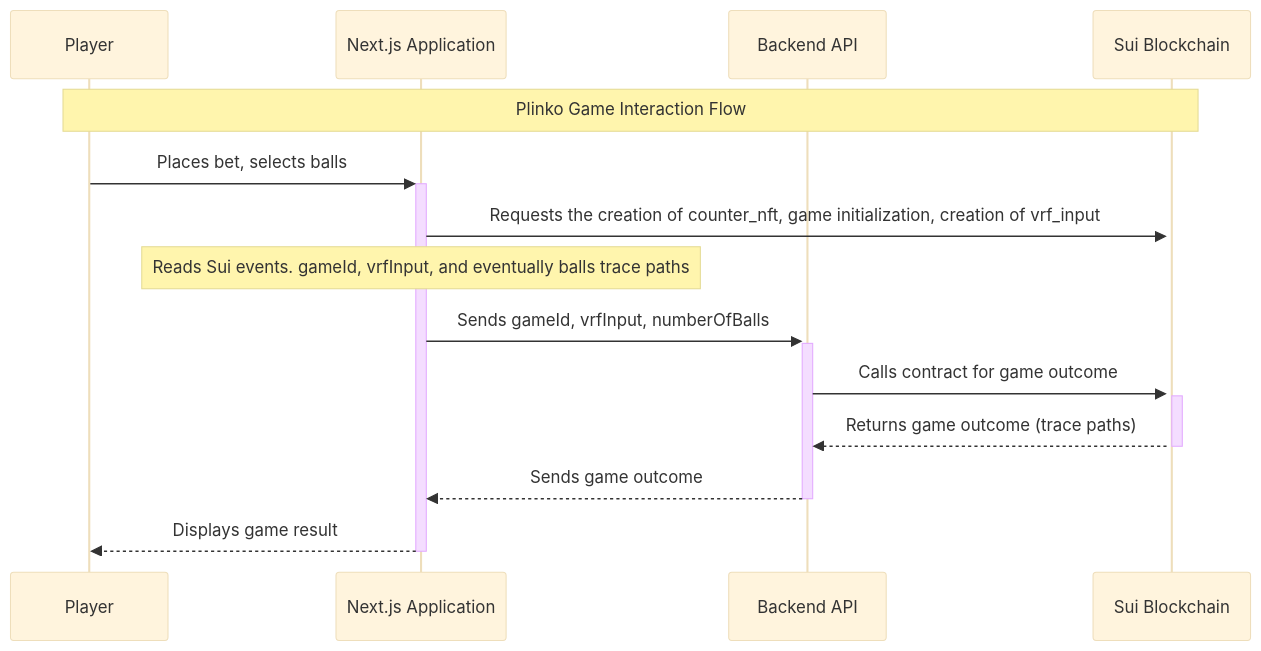
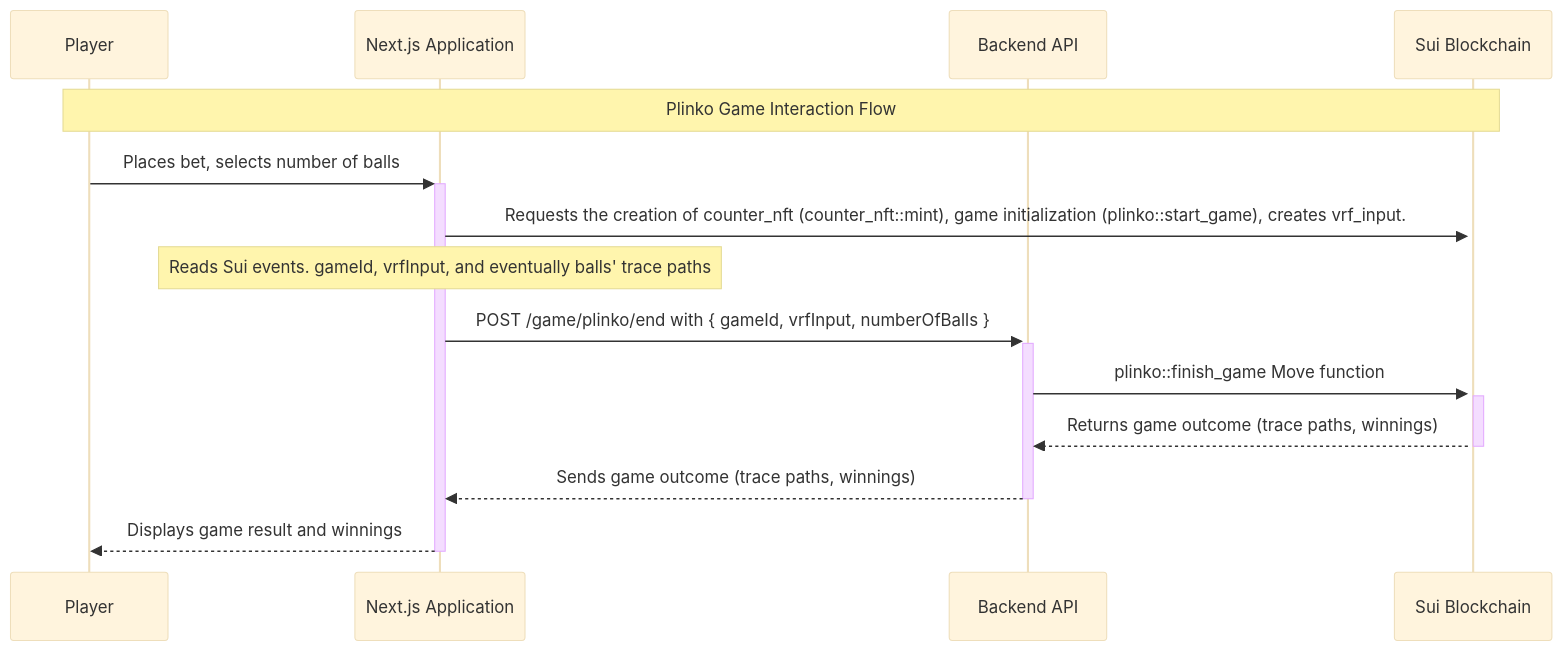
The diagram in README.md (MystenLabs/plinko-poc), drawn with Mermaid (base theme) before and after one commit. The commit also changed other lines of this file and 6 other files, not shown here.

Commit message:
Diagrams and Flowcharts

````diff
--- a/README.md
+++ b/README.md
@@ -151,18 +97,18 @@
 ```mermaid
 sequenceDiagram
     participant Player as Player
     participant UI as Next.js Application
     participant API as Backend API
     participant Blockchain as Sui Blockchain
 
     Note over Player, Blockchain: Plinko Game Interaction Flow
 
-    Player->>+UI: Places bet, selects balls
-    UI->>+Blockchain: Requests the creation of counter_nft, game initialization, creation of vrf_input
-    Note over UI: Reads Sui events. gameId, vrfInput, and eventually balls trace paths
-    UI->>+API: Sends gameId, vrfInput, numberOfBalls
-    API->>+Blockchain: Calls contract for game outcome
-    Blockchain-->>-API: Returns game outcome (trace paths)
-    API-->>-UI: Sends game outcome
-    UI-->>-Player: Displays game result
+    Player->>+UI: Places bet, selects number of balls
+    UI->>+Blockchain:  Requests the creation of counter_nft (counter_nft::mint), game initialization (plinko::start_game), creates vrf_input.
+    Note over UI: Reads Sui events. gameId, vrfInput, and eventually balls' trace paths
+    UI->>+API: POST /game/plinko/end with { gameId, vrfInput, numberOfBalls }
+    API->>+Blockchain: plinko::finish_game Move function
+    Blockchain-->>-API: Returns game outcome (trace paths, winnings)
+    API-->>-UI: Sends game outcome (trace paths, winnings)
+    UI-->>-Player: Displays game result and winnings
 ```
````
